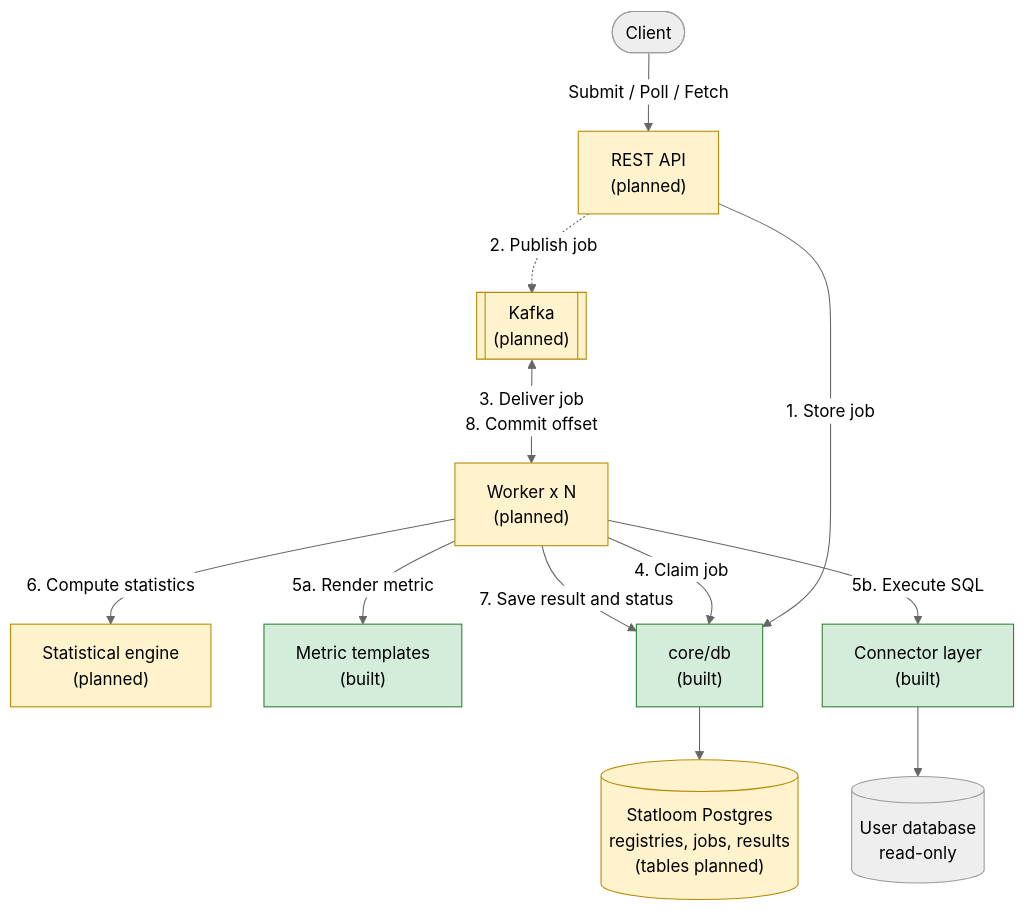
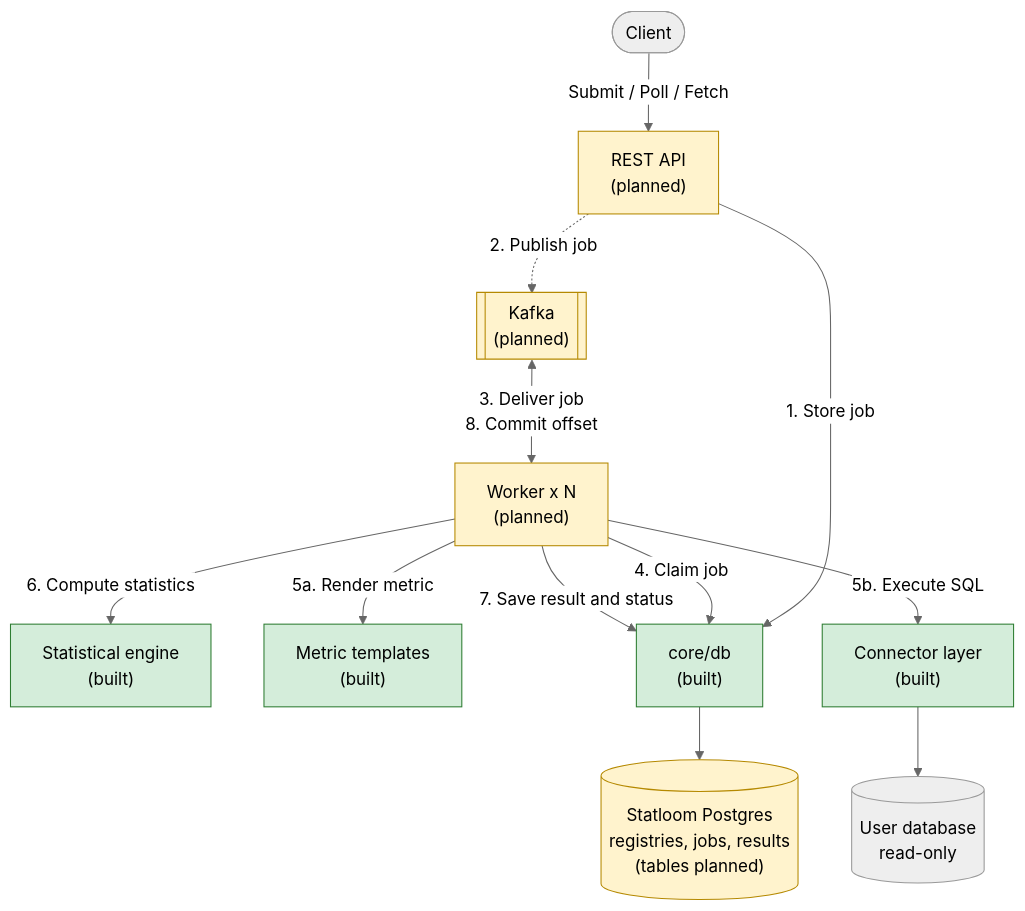
One commit to faithscript/statloom changed the diagram in README.md. Above: the diagram before and after it, drawn with Mermaid (neutral theme). The commit also changed other lines of this file and 9 other files, not shown here.

Commit message:
feat: implement pluggable statistical engine interface and reference engine

````diff
--- a/README.md
+++ b/README.md
@@ -27,30 +27,30 @@
 ```mermaid
 flowchart TD
 Client([Client])
 API["REST API<br/>(planned)"]
 K[["Kafka<br/>(planned)"]]
 W["Worker x N<br/>(planned)"]
-ENG["Statistical engine<br/>(planned)"]
+ENG["Statistical engine<br/>(built)"]
 MET["Metric templates<br/>(built)"]
 CONN["Connector layer<br/>(built)"]
 UDB[("User database<br/>read-only")]
 DB["core/db<br/>(built)"]
 PG[("Statloom Postgres<br/>registries, jobs, results<br/>(tables planned)")]
 
 Client -->|"Submit / Poll / Fetch"| API
 API -->|"1. Store job"| DB
 API -.->|"2. Publish job"| K
 K <-->|"3. Deliver job<br/>8. Commit offset"| W
 W -->|"4. Claim job"| DB
 W -->|"5a. Render metric"| MET
 W -->|"5b. Execute SQL"| CONN
 CONN --> UDB
 W -->|"6. Compute statistics"| ENG
 W -->|"7. Save result and status"| DB
 DB --> PG
 
 classDef built fill:#d4edda,stroke:#2e7d32,color:#000
 classDef planned fill:#fff3cd,stroke:#b58900,color:#000
-class CONN,DB,MET built
-class API,K,W,ENG,PG planned
+class CONN,DB,MET,ENG built
+class API,K,W,PG planned
 ```
````
